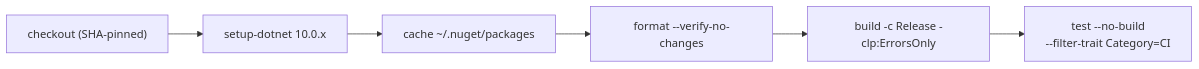
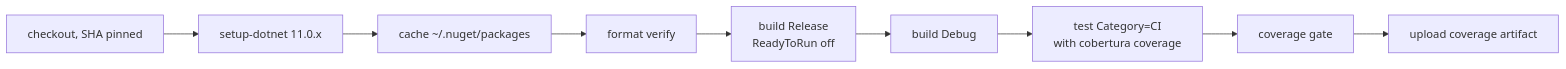
Before and after one commit to e128/dotnet-reference: the second of 2 diagrams in docs/architecture/deployment.md, drawn with Mermaid. The commit also changed other lines of this file and 20 other files, not shown here.

````diff
--- a/docs/architecture/deployment.md
+++ b/docs/architecture/deployment.md
@@ -47,8 +55,11 @@
 ```mermaid
 flowchart LR
-  co["checkout (SHA-pinned)"] --> sdk["setup-dotnet 10.0.x"]
+  co["checkout, SHA pinned"] --> sdk["setup-dotnet 11.0.x"]
   sdk --> cache["cache ~/.nuget/packages"]
-  cache --> fmt["format --verify-no-changes"]
-  fmt --> bld["build -c Release -clp:ErrorsOnly"]
-  bld --> tst["test --no-build<br/>--filter-trait Category=CI"]
+  cache --> fmt["format verify"]
+  fmt --> rel["build Release<br/>ReadyToRun off"]
+  rel --> dbg["build Debug"]
+  dbg --> tst["test Category=CI<br/>with cobertura coverage"]
+  tst --> gate["coverage gate"]
+  gate --> up["upload coverage artifact"]
 ```
````
